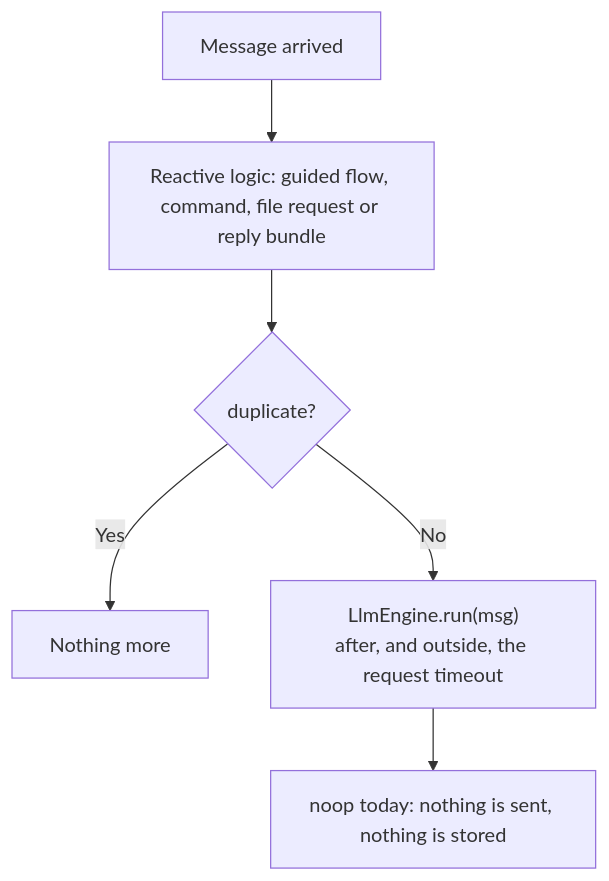
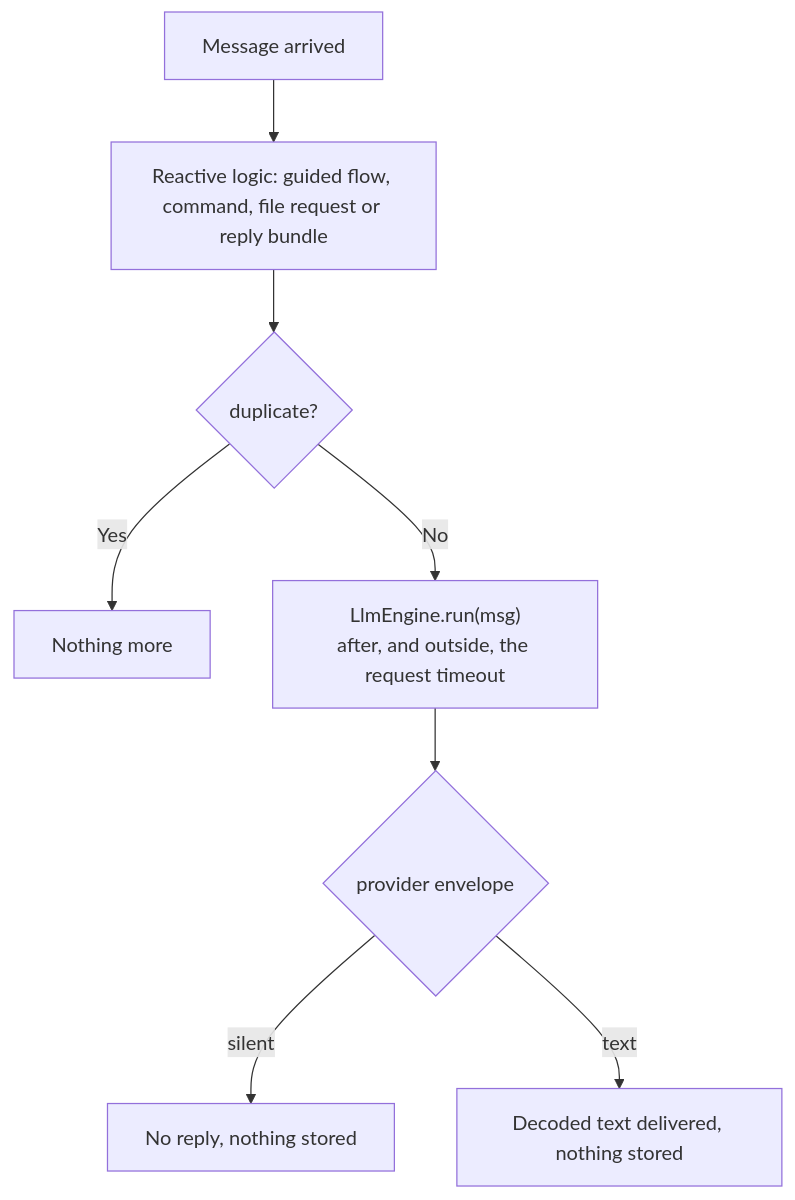
The third of 7 diagrams in docs/bot-logic-overview.md (benkio/sBots), drawn with Mermaid before and after one commit. The commit also changed other lines of this file and 8 other files, not shown here.

````diff
--- a/docs/bot-logic-overview.md
+++ b/docs/bot-logic-overview.md
@@ -149,8 +149,10 @@
 ```mermaid
 flowchart TD
   A["Message arrived"] --> B["Reactive logic: guided flow, command, file request or reply bundle"]
   B --> C{"duplicate?"}
   C -->|Yes| Z["Nothing more"]
   C -->|No| D["LlmEngine.run(msg)<br/>after, and outside, the request timeout"]
-  D --> E["noop today: nothing is sent, nothing is stored"]
+  D --> E{"provider envelope"}
+  E -->|silent| F["No reply, nothing stored"]
+  E -->|text| G["Decoded text delivered, nothing stored"]
 ```
````
